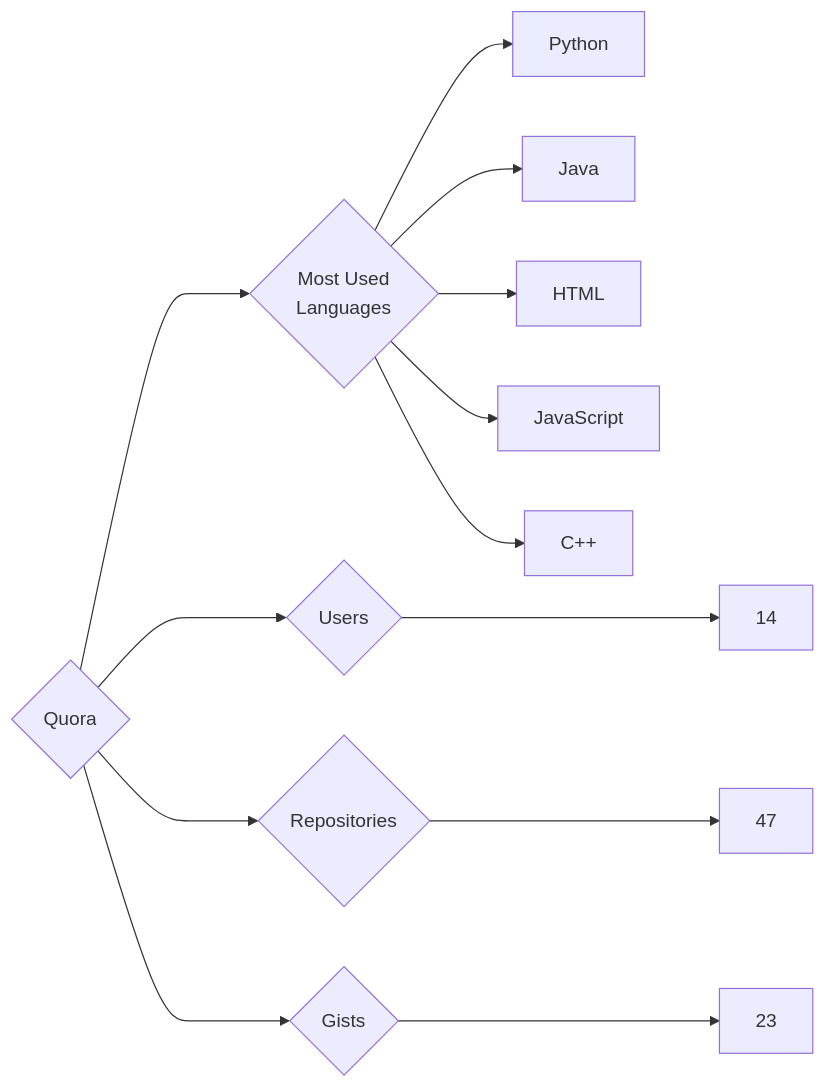
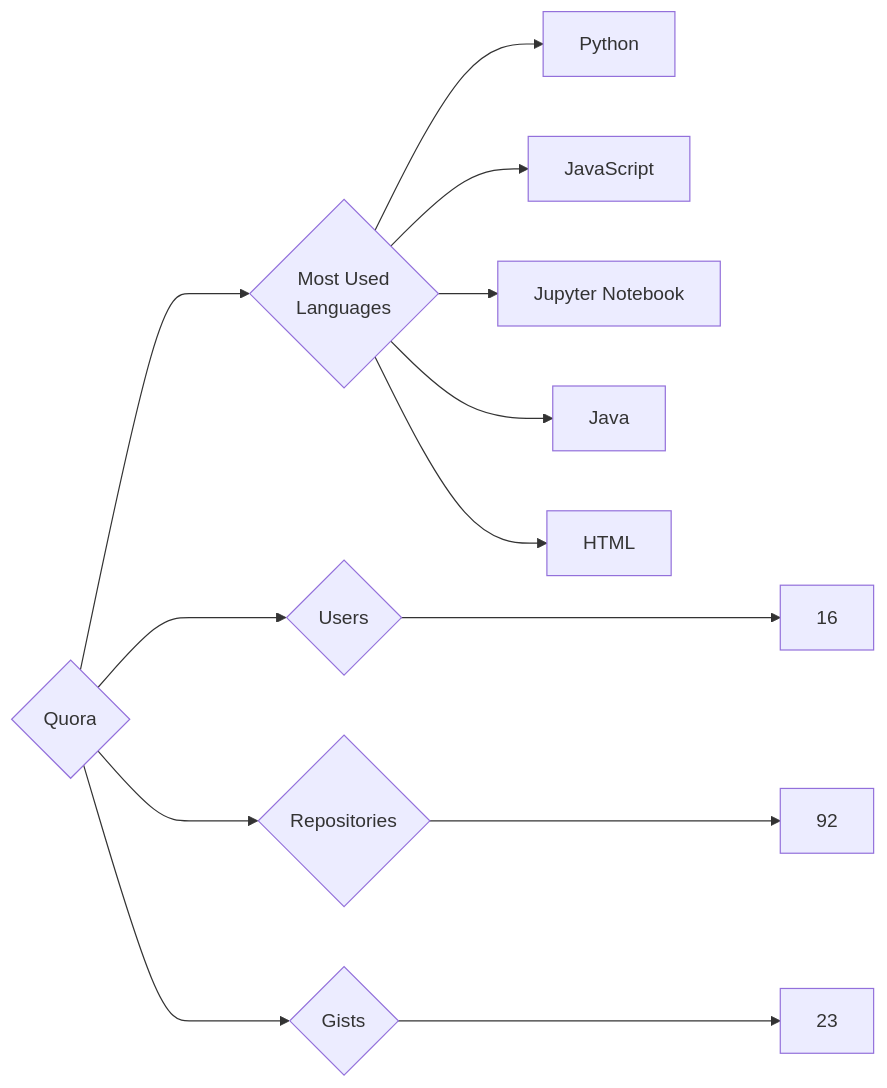
The diagram in targets/Quora/README.md (trickest/insiders), drawn with Mermaid before and after one commit. The commit also changed 877 other files, not shown here.

````diff
--- a/targets/Quora/README.md
+++ b/targets/Quora/README.md
@@ -3,13 +3,13 @@
 ```mermaid
 graph LR
 COMPANY_NAME{Quora}
-COMPANY_NAME ---> U{Users} ---> UN[14]
-COMPANY_NAME ---> R{Repositories} ---> RN[47]
+COMPANY_NAME ---> U{Users} ---> UN[16]
+COMPANY_NAME ---> R{Repositories} ---> RN[92]
 COMPANY_NAME ---> G{Gists} ---> GN[23]
 COMPANY_NAME ---> ML{Most Used<br>Languages}
 ML --> Python[Python]
+ML --> JavaScript[JavaScript]
+ML --> Jupyter_Notebook[Jupyter Notebook]
 ML --> Java[Java]
 ML --> HTML[HTML]
-ML --> JavaScript[JavaScript]
-ML --> C++[C++]
 ```
````
